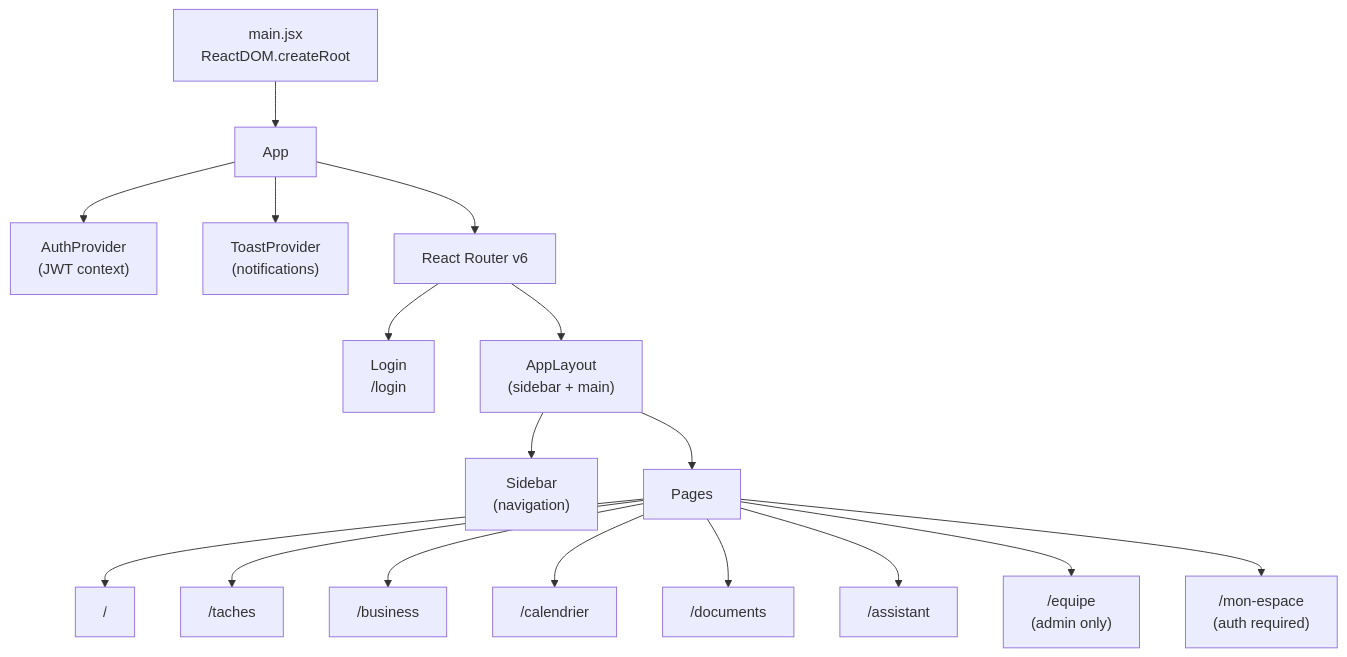
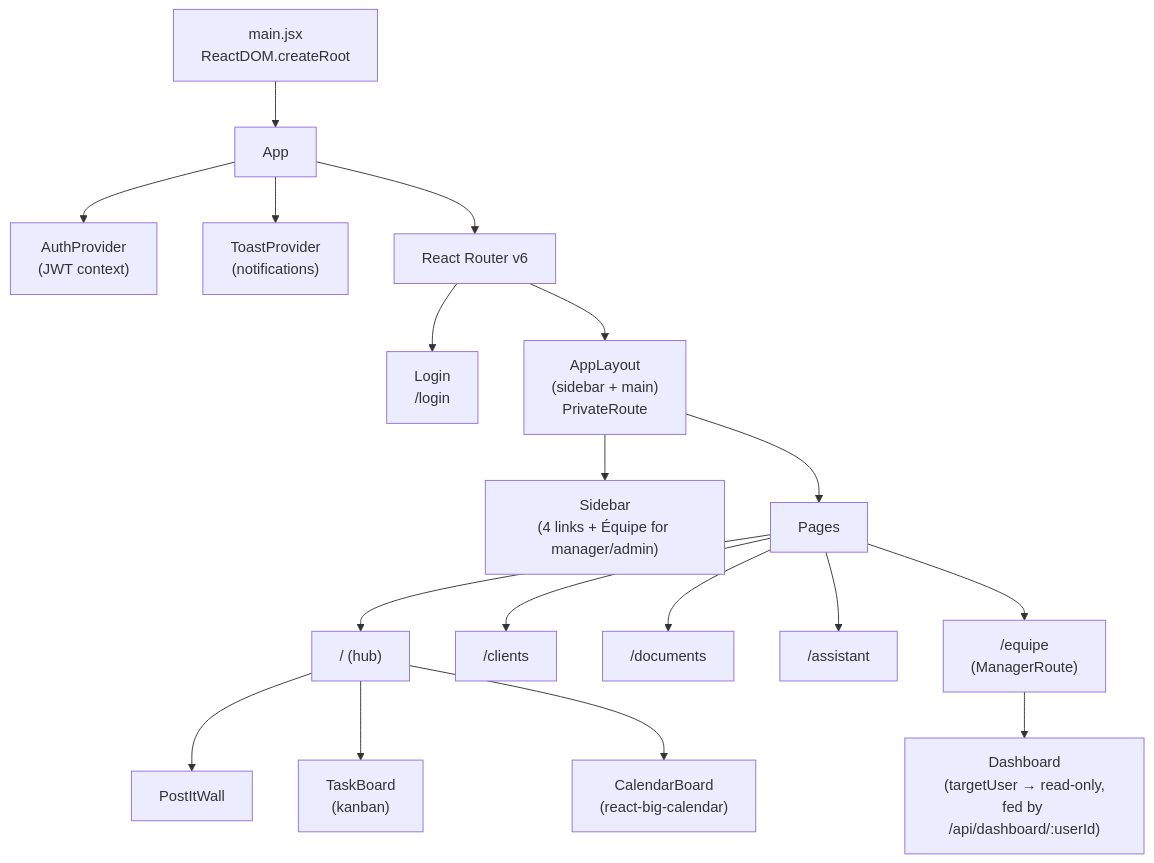
The third of 4 diagrams in README.md (poloelo/Lexora-V2), drawn with Mermaid before and after one commit. The commit also changed other lines of this file and 3 other files, not shown here.

````diff
--- a/README.md
+++ b/README.md
@@ -130,23 +152,26 @@
 ```mermaid
 graph TD
     main["main.jsx\nReactDOM.createRoot"] --> App
 
     App --> AuthProvider["AuthProvider\n(JWT context)"]
     App --> ToastProvider["ToastProvider\n(notifications)"]
     App --> Router["React Router v6"]
 
     Router --> Login["Login\n/login"]
-    Router --> AppLayout["AppLayout\n(sidebar + main)"]
+    Router --> AppLayout["AppLayout\n(sidebar + main)\nPrivateRoute"]
 
-    AppLayout --> Sidebar["Sidebar\n(navigation)"]
+    AppLayout --> Sidebar["Sidebar\n(4 links + Équipe for manager/admin)"]
     AppLayout --> Pages
 
-    Pages --> Dashboard["/"]
-    Pages --> Taches["/taches"]
-    Pages --> ClientsFactures["/business"]
-    Pages --> Calendrier["/calendrier"]
+    Pages --> Dashboard["/  (hub)"]
+    Pages --> Clients["/clients"]
     Pages --> CoffreFort["/documents"]
     Pages --> Assistant["/assistant"]
-    Pages --> Equipe["/equipe\n(admin only)"]
-    Pages --> MonEspace["/mon-espace\n(auth required)"]
+    Pages --> Equipe["/equipe\n(ManagerRoute)"]
+
+    Dashboard --> PostItWall["PostItWall"]
+    Dashboard --> TaskBoard["TaskBoard\n(kanban)"]
+    Dashboard --> CalendarBoard["CalendarBoard\n(react-big-calendar)"]
+
+    Equipe --> DashboardRO["Dashboard\n(targetUser → read-only,\nfed by /api/dashboard/:userId)"]
 ```
````
